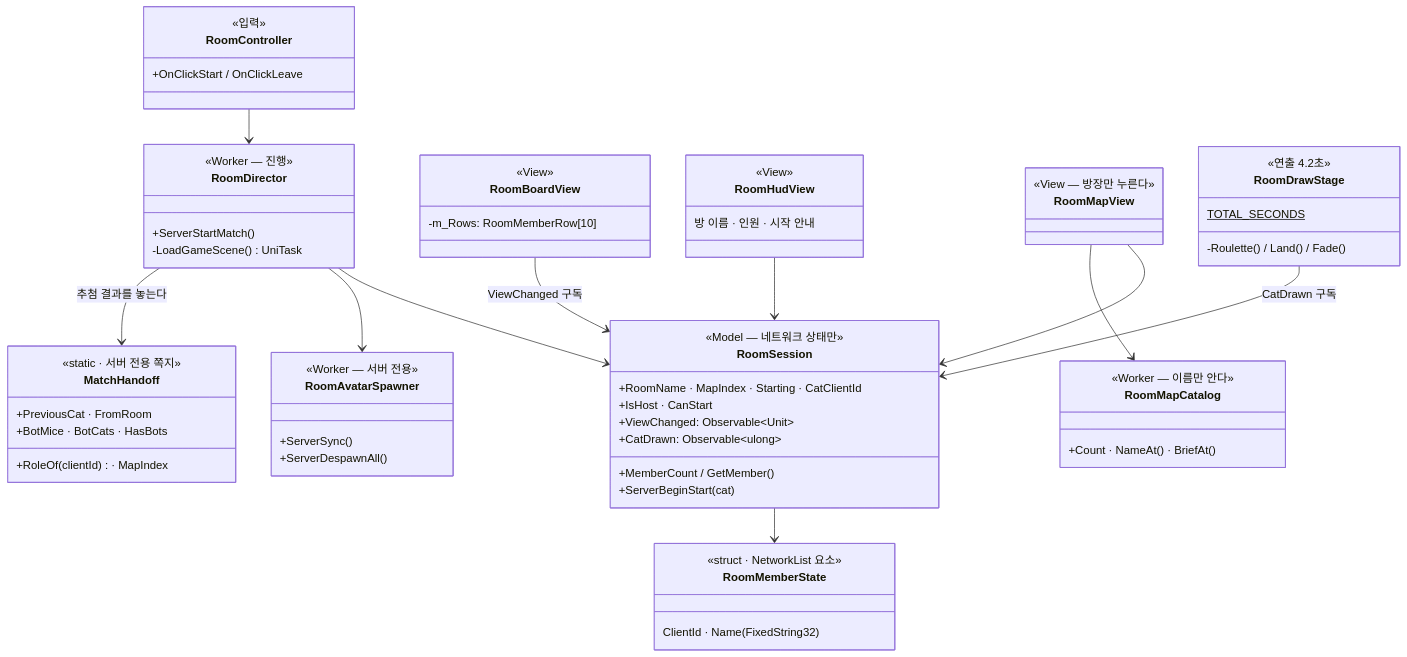
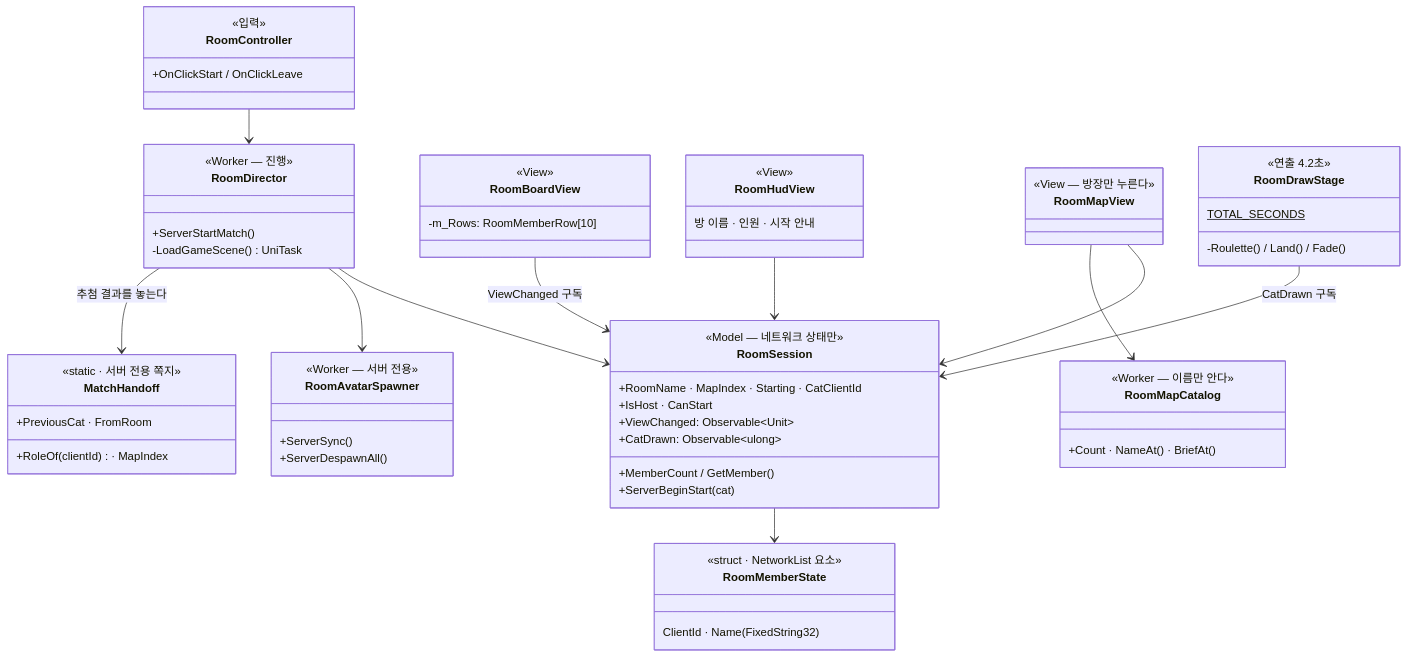
One commit to JeahanPark/The-Cheese-Thief-and-the-Cat changed the fourth of 32 diagrams in CTC/docs/design-vault/코드 다이어그램.md. Above: the diagram before and after it, drawn with Mermaid. The commit also changed other lines of this file and 1 other file, not shown here.

First line of the commit message:
fix(tech): 재리뷰 반영 — 다이어그램 스코프 축소·소리거리 근거 정정·콤마 검사 실효화

````diff
--- a/CTC/docs/design-vault/코드 다이어그램.md
+++ b/CTC/docs/design-vault/코드 다이어그램.md
@@ -123,66 +123,65 @@
 ```mermaid
 classDiagram
   class RoomMemberState {
     <<struct · NetworkList 요소>>
     ClientId · Name(FixedString32)
   }
   class RoomSession {
     <<Model — 네트워크 상태만>>
     +MemberCount / GetMember()
     +RoomName · MapIndex · Starting · CatClientId
     +IsHost · CanStart
     +ViewChanged: Observable~Unit~
     +CatDrawn: Observable~ulong~
     +ServerBeginStart(cat)
   }
   class RoomAvatarSpawner {
     <<Worker — 서버 전용>>
     +ServerSync()
     +ServerDespawnAll()
   }
   class RoomDirector {
     <<Worker — 진행>>
     +ServerStartMatch()
     -LoadGameScene() UniTask
   }
   class RoomBoardView {
     <<View>>
     -m_Rows: RoomMemberRow[10]
   }
   class RoomHudView {
     <<View>>
     방 이름 · 인원 · 시작 안내
   }
   class RoomMapCatalog {
     <<Worker — 이름만 안다>>
     +Count · NameAt() · BriefAt()
   }
   class RoomMapView {
     <<View — 방장만 누른다>>
   }
   class RoomDrawStage {
     <<연출 4.2초>>
     TOTAL_SECONDS$
     -Roulette() / Land() / Fade()
   }
   class RoomController {
     <<입력>>
     +OnClickStart / OnClickLeave
   }
   class MatchHandoff {
     <<static · 서버 전용 쪽지>>
     +RoleOf(clientId) · MapIndex
     +PreviousCat · FromRoom
-    +BotMice · BotCats · HasBots
   }
   RoomSession --> RoomMemberState
   RoomDirector --> RoomSession
   RoomDirector --> RoomAvatarSpawner
   RoomDirector --> MatchHandoff : 추첨 결과를 놓는다
   RoomBoardView --> RoomSession : ViewChanged 구독
   RoomHudView --> RoomSession
   RoomMapView --> RoomSession
   RoomMapView --> RoomMapCatalog
   RoomDrawStage --> RoomSession : CatDrawn 구독
   RoomController --> RoomDirector
 ```
````
